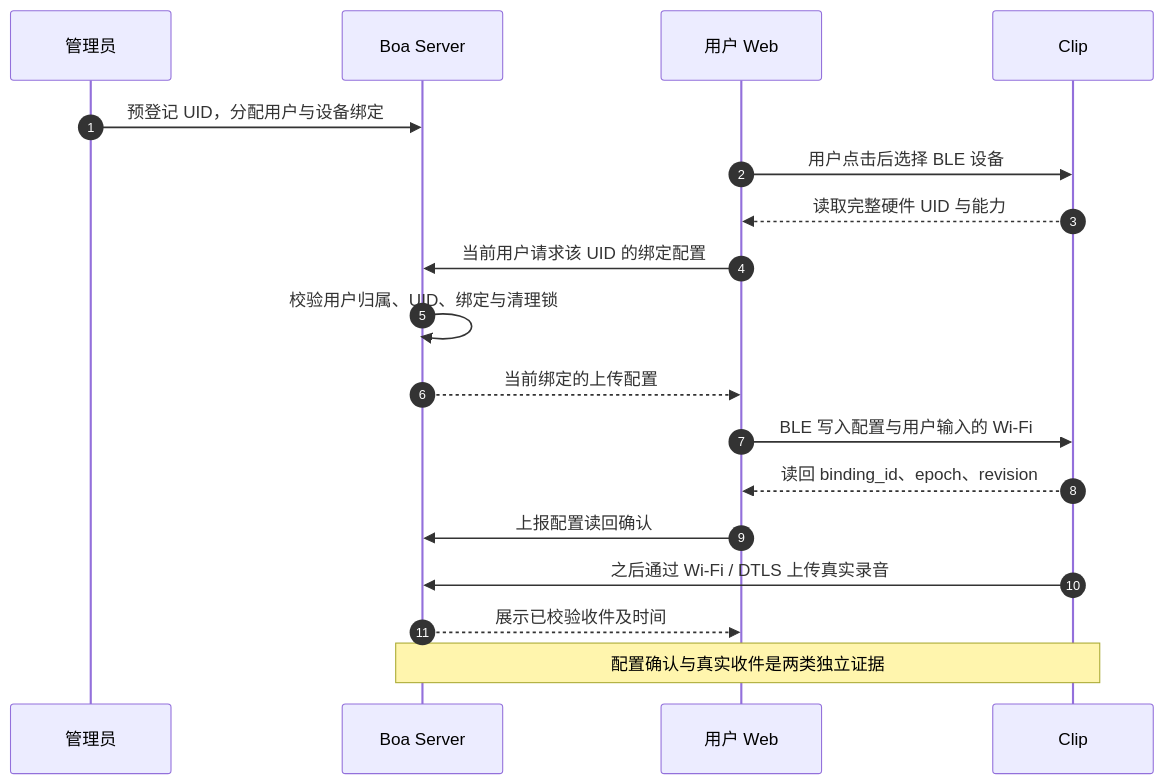
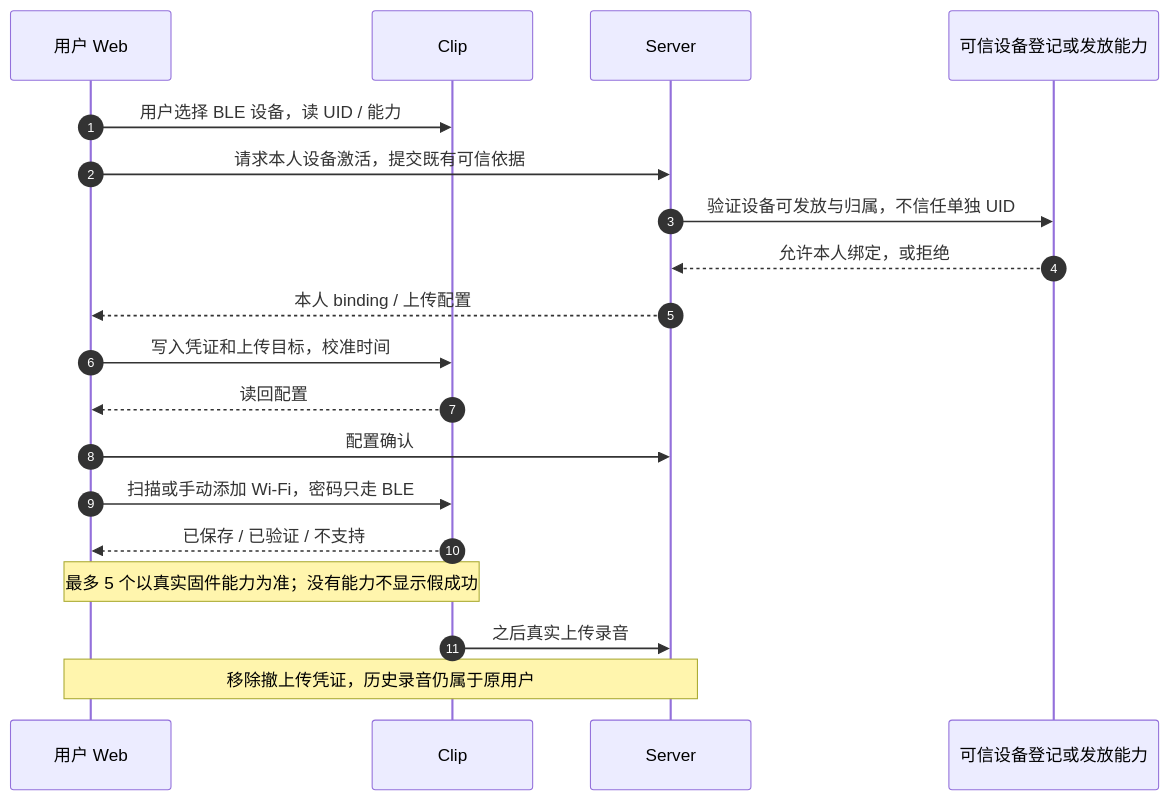
The diagram in docs/assets/diagrams/03-device-onboarding.mmd (boboliu-1010/speaker), drawn with Mermaid before and after one commit. The commit also changed 34 other files, not shown here.

Commit message:
docs: simplify server and web scope to latest prototype with WebVTT

```diff
--- a/docs/assets/diagrams/03-device-onboarding.mmd
+++ b/docs/assets/diagrams/03-device-onboarding.mmd
@@ -1,18 +1,19 @@
 sequenceDiagram
     autonumber
-    participant A as 管理员
-    participant S as Boa Server
-    participant W as 用户 Web
+    participant U as 用户 Web
     participant C as Clip
-    A->>S: 预登记 UID，分配用户与设备绑定
-    W->>C: 用户点击后选择 BLE 设备
-    C-->>W: 读取完整硬件 UID 与能力
-    W->>S: 当前用户请求该 UID 的绑定配置
-    S->>S: 校验用户归属、UID、绑定与清理锁
-    S-->>W: 当前绑定的上传配置
-    W->>C: BLE 写入配置与用户输入的 Wi-Fi
-    C-->>W: 读回 binding_id、epoch、revision
-    W->>S: 上报配置读回确认
-    C->>S: 之后通过 Wi-Fi / DTLS 上传真实录音
-    S-->>W: 展示已校验收件及时间
-    Note over S,C: 配置确认与真实收件是两类独立证据
+    participant S as Server
+    participant P as 可信设备登记或发放能力
+    U->>C: 用户选择 BLE 设备，读 UID / 能力
+    U->>S: 请求本人设备激活，提交既有可信依据
+    S->>P: 验证设备可发放与归属，不信任单独 UID
+    P-->>S: 允许本人绑定，或拒绝
+    S-->>U: 本人 binding / 上传配置
+    U->>C: 写入凭证和上传目标，校准时间
+    C-->>U: 读回配置
+    U->>S: 配置确认
+    U->>C: 扫描或手动添加 Wi-Fi，密码只走 BLE
+    C-->>U: 已保存 / 已验证 / 不支持
+    Note over U,C: 最多 5 个以真实固件能力为准；没有能力不显示假成功
+    C->>S: 之后真实上传录音
+    Note over U,S: 移除撤上传凭证，历史录音仍属于原用户
```
